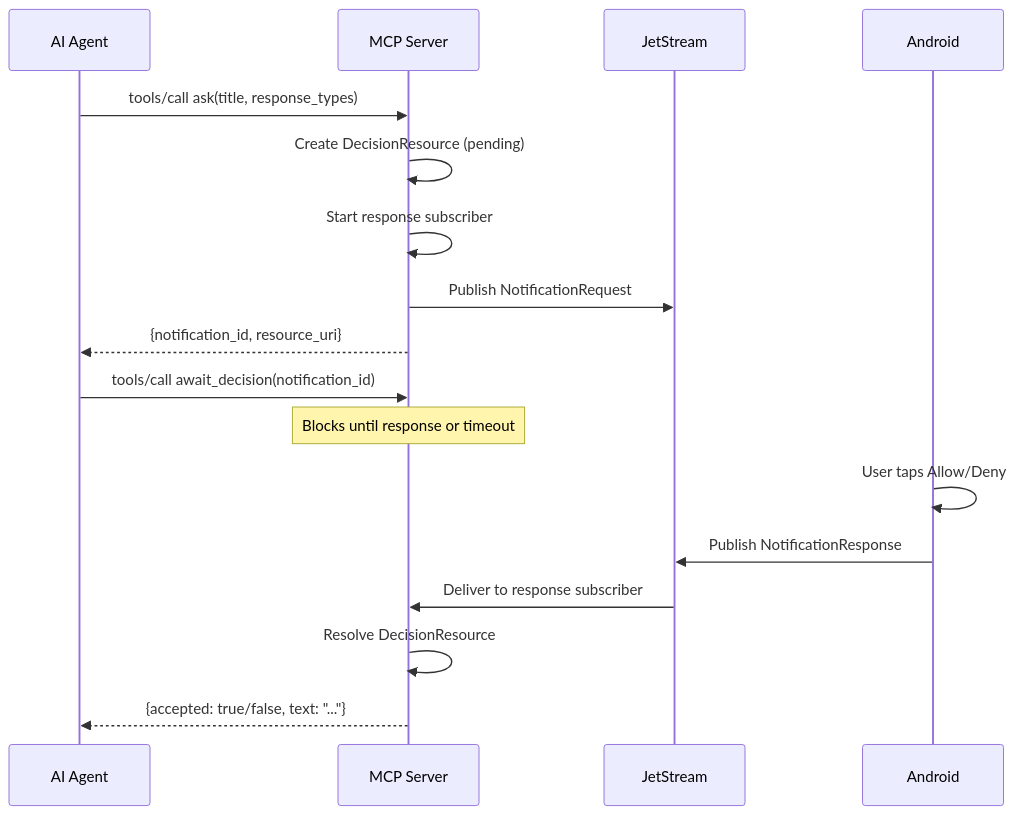
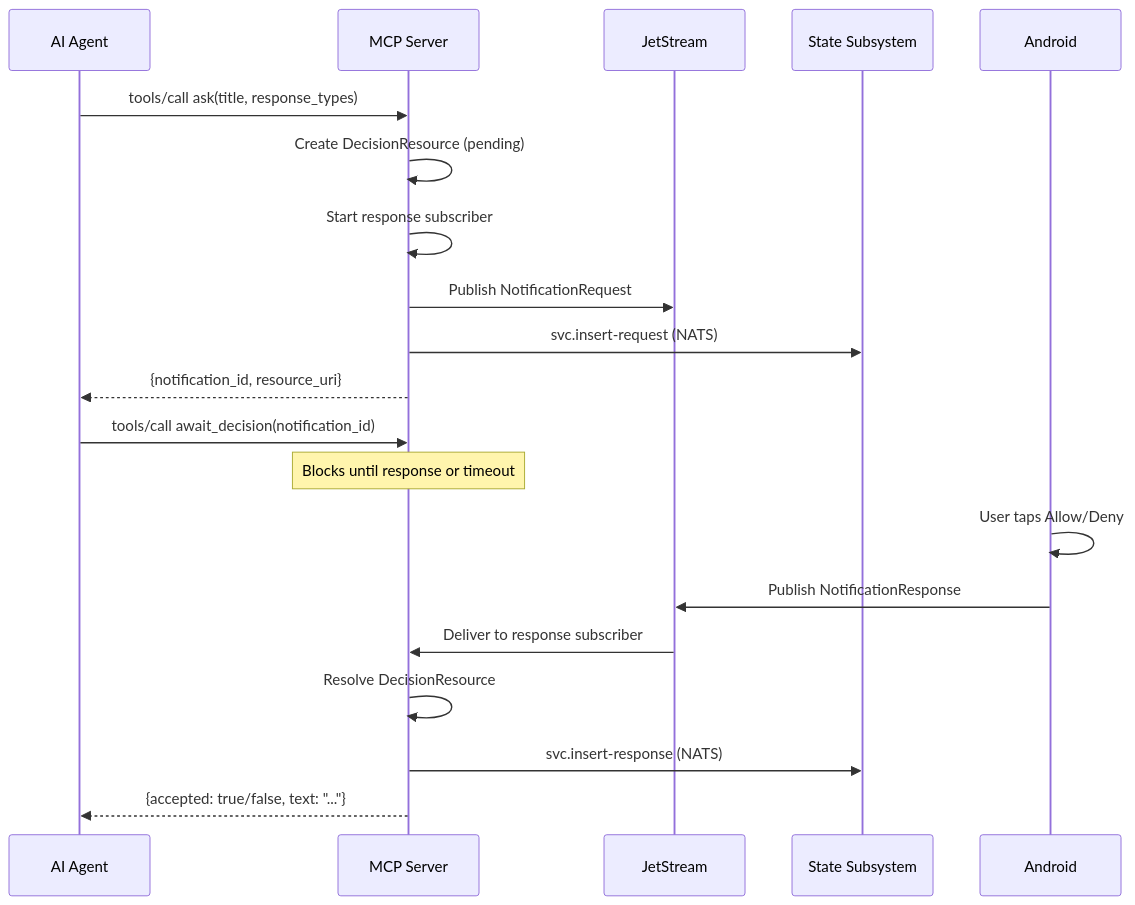
Before and after one commit to resystems-io/renotify: the fourth of 5 diagrams in docs/renotify-architecture.md, drawn with Mermaid. The commit also changed other lines of this file and 1 other file, not shown here.

First line of the commit message:
docs: rewrite architecture document for state decoupling (V-05)

````diff
--- a/docs/renotify-architecture.md
+++ b/docs/renotify-architecture.md
@@ -128,23 +210,26 @@
 ```mermaid
 sequenceDiagram
     participant Agent as AI Agent
     participant MCP as MCP Server
     participant JS as JetStream
+    participant State as State Subsystem
     participant Phone as Android
 
     Agent->>MCP: tools/call ask(title, response_types)
     MCP->>MCP: Create DecisionResource (pending)
     MCP->>MCP: Start response subscriber
     MCP->>JS: Publish NotificationRequest
+    MCP->>State: svc.insert-request (NATS)
     MCP-->>Agent: {notification_id, resource_uri}
 
     Agent->>MCP: tools/call await_decision(notification_id)
     Note over MCP: Blocks until response or timeout
 
     Phone->>Phone: User taps Allow/Deny
     Phone->>JS: Publish NotificationResponse
     JS->>MCP: Deliver to response subscriber
     MCP->>MCP: Resolve DecisionResource
+    MCP->>State: svc.insert-response (NATS)
 
     MCP-->>Agent: {accepted: true/false, text: "..."}
 ```
````
